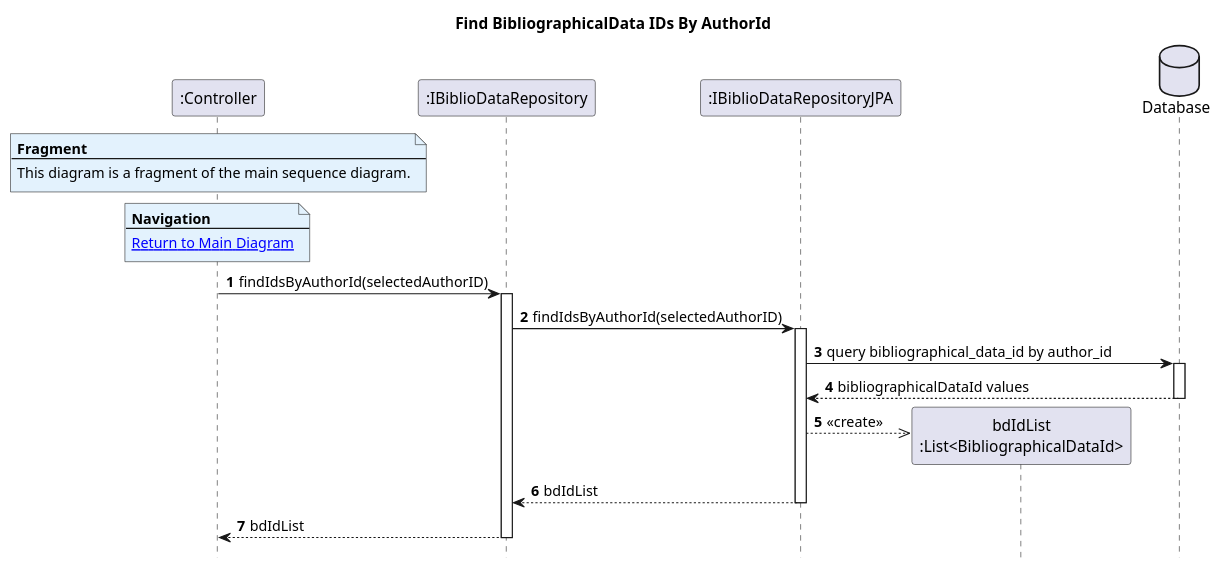
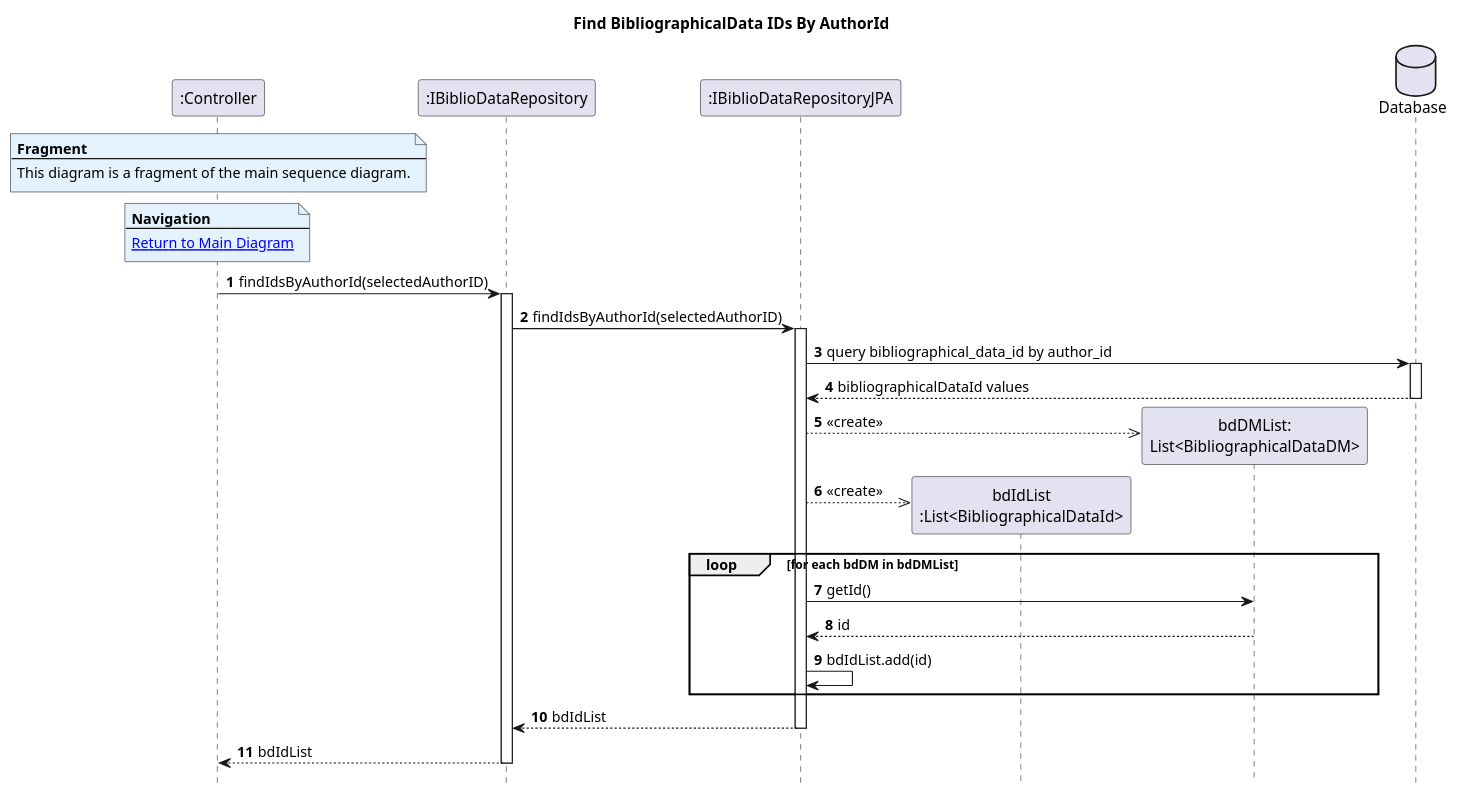
Before and after one commit to AndrePereiraGitH/SWitCH-Project-Team_A: the diagram in Diagrams/SequenceDiagrams/N2/To-get-list-of-items-in-auction-of-a-given-author/3.FindBiblioDataIdsByAuthorId.puml, drawn with PlantUML.

Commit message:
fix #702: SD - represent List of BibliographicalDataId creation

```diff
--- a/Diagrams/SequenceDiagrams/N2/To-get-list-of-items-in-auction-of-a-given-author/3.FindBiblioDataIdsByAuthorId.puml
+++ b/Diagrams/SequenceDiagrams/N2/To-get-list-of-items-in-auction-of-a-given-author/3.FindBiblioDataIdsByAuthorId.puml
@@ -1,42 +1,54 @@
 @startuml
 hide footbox
 autonumber
 title Find BibliographicalData IDs By AuthorId
 
 participant ":Controller" as Ctrl
 participant ":IBiblioDataRepository" as bdRepo
 participant ":IBiblioDataRepositoryJPA" as bdRepoJPA
 participant "bdIdList\n:List<BibliographicalDataId>" as bdIdList
+participant "bdDMList:\nList<BibliographicalDataDM>" as bdDMList
+
 database "Database" as db
 
 note over Ctrl #E3F2FD
 <b>Fragment</b>
 ---
 This diagram is a fragment of the main sequence diagram.
 end note
 
 note over Ctrl #E3F2FD
 <b>Navigation</b>
 ---
 [[1.MainDiagram.puml Return to Main Diagram]]
 end note
 
 Ctrl -> bdRepo : findIdsByAuthorId(selectedAuthorID)
 activate bdRepo
 
 bdRepo -> bdRepoJPA : findIdsByAuthorId(selectedAuthorID)
 activate bdRepoJPA
 
 bdRepoJPA -> db : query bibliographical_data_id by author_id
 activate db
 db --> bdRepoJPA : bibliographicalDataId values
 deactivate db
 
+bdRepoJPA -->> bdDMList** : <<create>>
+
 bdRepoJPA -->> bdIdList ** : <<create>>
+
+loop for each bdDM in bdDMList
+bdRepoJPA -> bdDMList : getId()
+bdDMList --> bdRepoJPA : id
+
+bdRepoJPA -> bdRepoJPA : bdIdList.add(id)
+end
+
 bdRepoJPA --> bdRepo : bdIdList
 deactivate bdRepoJPA
 
 bdRepo --> Ctrl : bdIdList
 deactivate bdRepo
 
 @enduml
```
